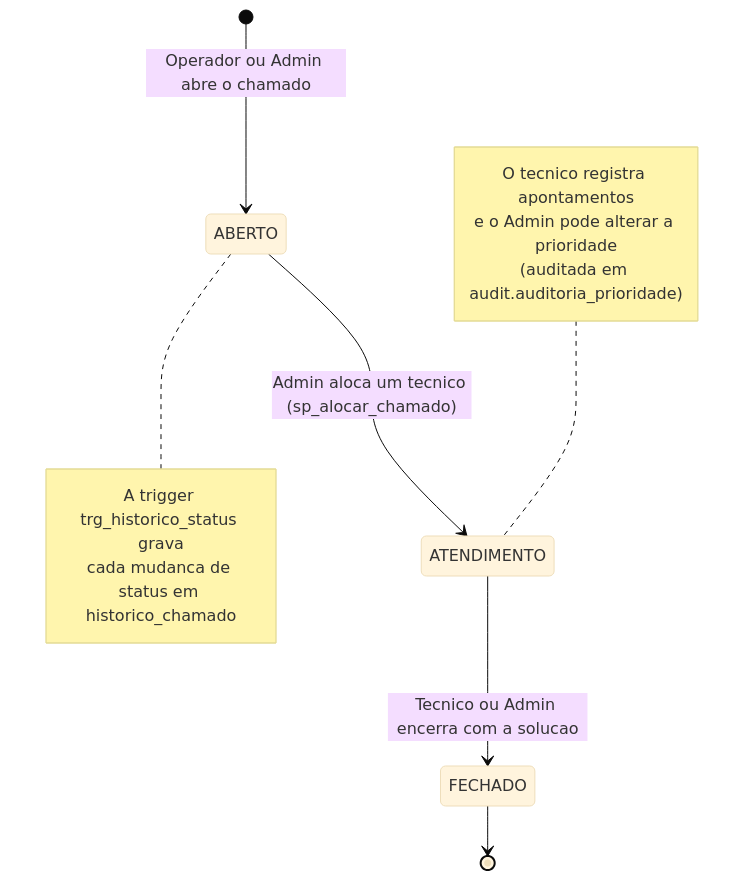
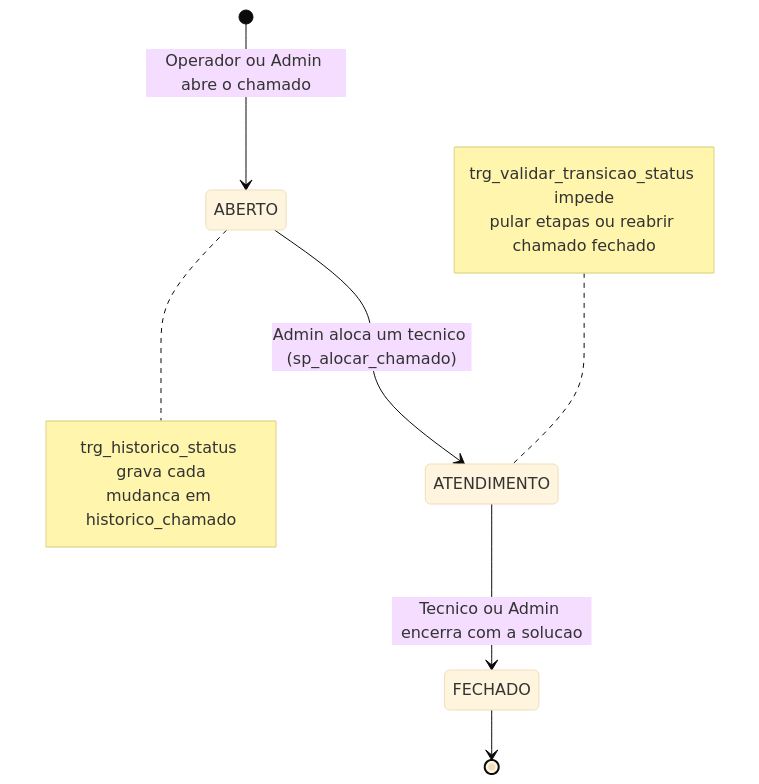
The second of 4 diagrams in README.md (Guiba2077/helpdesk), drawn with Mermaid (base theme) before and after one commit. The commit also changed other lines of this file, not shown here.

````diff
--- a/README.md
+++ b/README.md
@@ -105,18 +160,17 @@
 ```mermaid
 stateDiagram-v2
     [*] --> ABERTO: Operador ou Admin abre o chamado
     ABERTO --> ATENDIMENTO: Admin aloca um tecnico (sp_alocar_chamado)
     ATENDIMENTO --> FECHADO: Tecnico ou Admin encerra com a solucao
     FECHADO --> [*]
 
     note right of ABERTO
-        A trigger trg_historico_status grava
-        cada mudanca de status em historico_chamado
+        trg_historico_status grava cada
+        mudanca em historico_chamado
     end note
 
     note left of ATENDIMENTO
-        O tecnico registra apontamentos
-        e o Admin pode alterar a prioridade
-        (auditada em audit.auditoria_prioridade)
+        trg_validar_transicao_status impede
+        pular etapas ou reabrir chamado fechado
     end note
 ```
````
